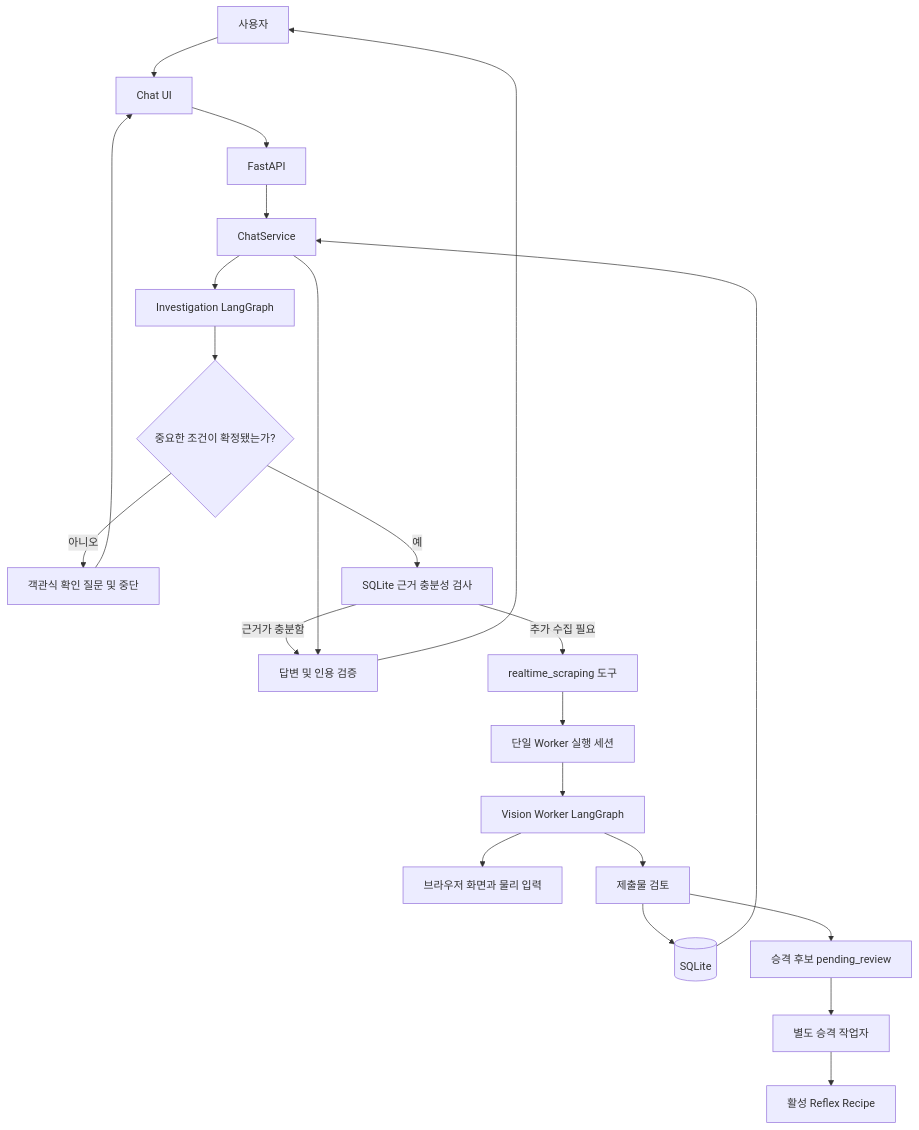
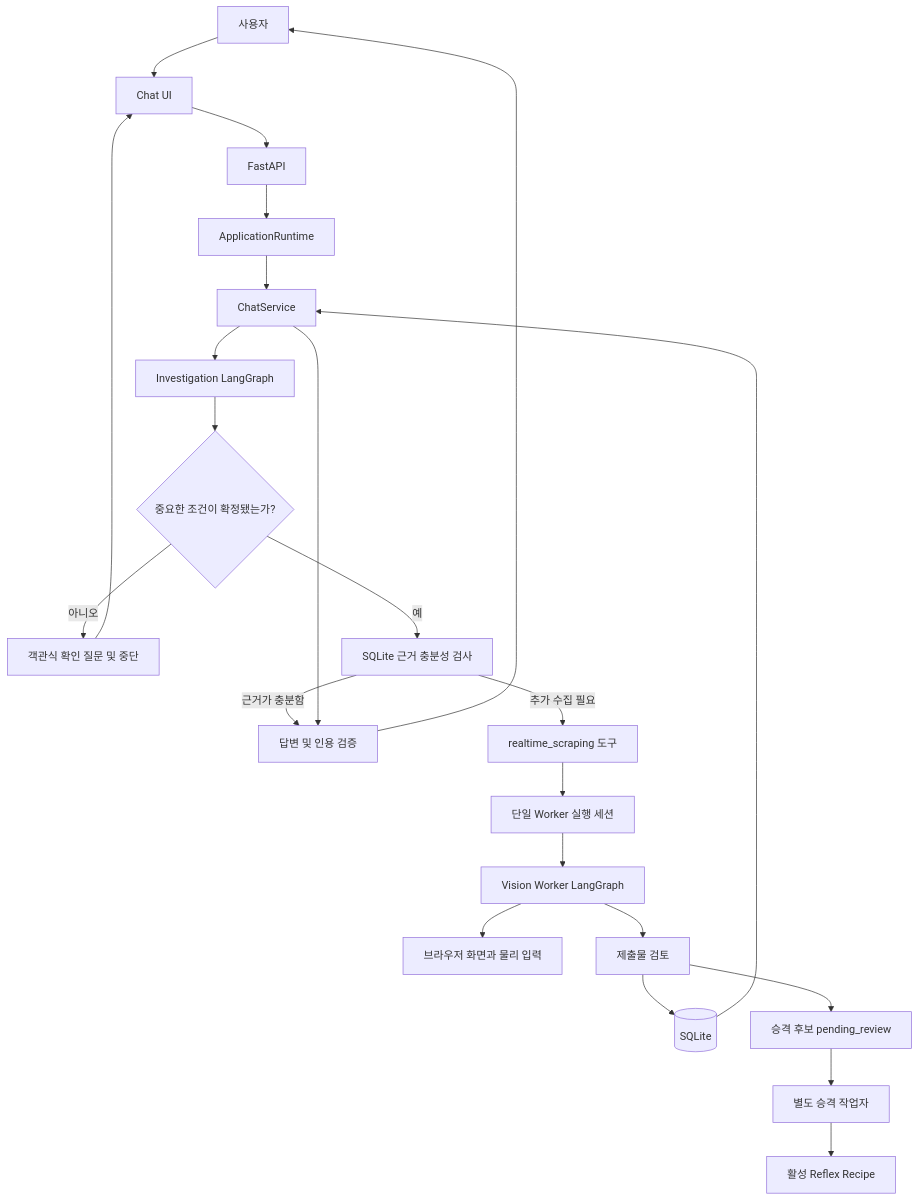
The first of 2 diagrams in ARCHITECTURE.md (Dreamtreeme/L2C), drawn with Mermaid before and after one commit. The commit also changed other lines of this file and 157 other files, not shown here.

````diff
--- a/ARCHITECTURE.md
+++ b/ARCHITECTURE.md
@@ -7,24 +7,25 @@
 ```mermaid
 flowchart TD
     U[사용자] --> UI[Chat UI]
     UI --> API[FastAPI]
-    API --> CS[ChatService]
+    API --> RT[ApplicationRuntime]
+    RT --> CS[ChatService]
     CS --> PLAN[Investigation LangGraph]
     PLAN --> CLARIFY{중요한 조건이 확정됐는가?}
     CLARIFY -->|아니오| INPUT[객관식 확인 질문 및 중단]
     INPUT --> UI
     CLARIFY -->|예| DBQ[SQLite 근거 충분성 검사]
     DBQ -->|근거가 충분함| ANSWER[답변 및 인용 검증]
     DBQ -->|추가 수집 필요| TOOL[realtime_scraping 도구]
     TOOL --> LOCK[단일 Worker 실행 세션]
     LOCK --> WG[Vision Worker LangGraph]
     WG --> WEB[브라우저 화면과 물리 입력]
     WG --> REVIEW[제출물 검토]
     REVIEW --> DB[(SQLite)]
     REVIEW --> CANDIDATE[승격 후보 pending_review]
     CANDIDATE --> PROMOTION[별도 승격 작업자]
     PROMOTION --> RECIPE[활성 Reflex Recipe]
     DB --> CS
     CS --> ANSWER
     ANSWER --> U
 ```
````
